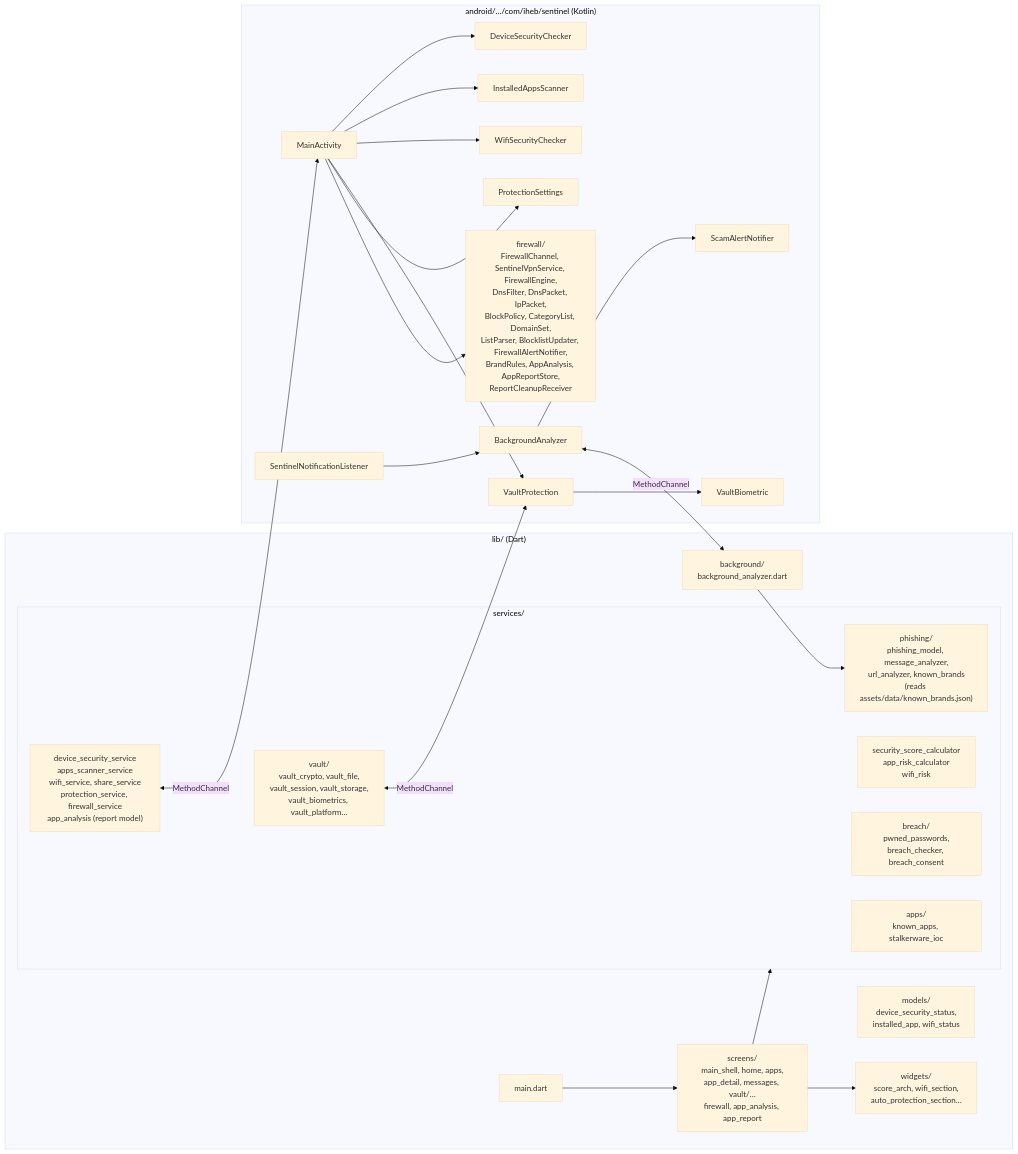
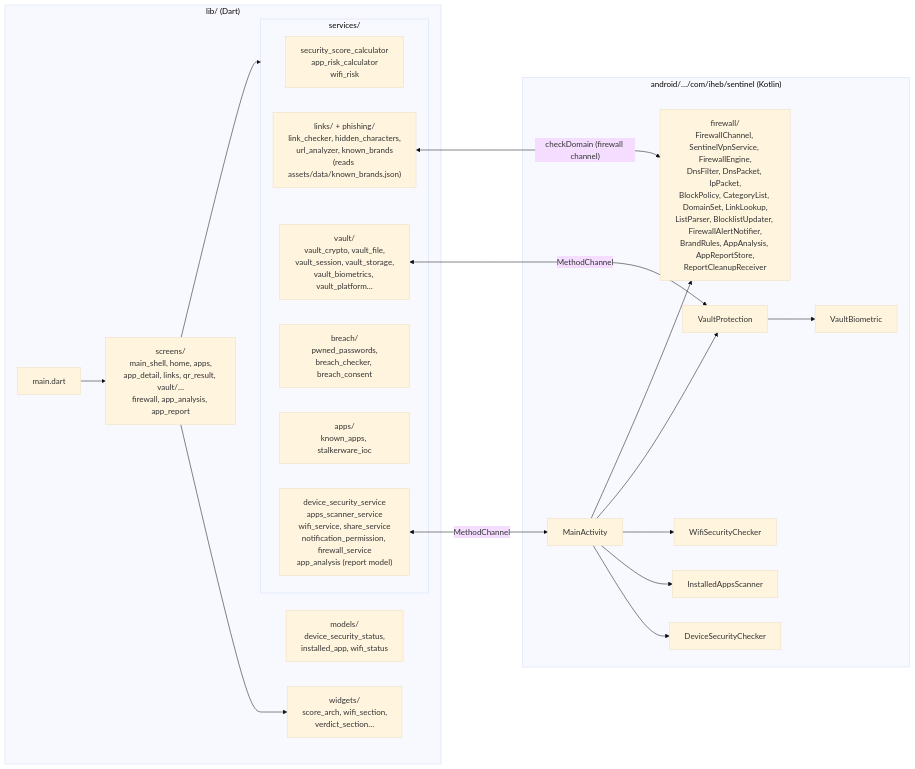
Before and after one commit to Ihebnsir/sentinel: the first of 8 diagrams in docs/ARCHITECTURE.md, drawn with Mermaid (base theme). The commit also changed other lines of this file and 102 other files, not shown here.

````diff
--- a/docs/ARCHITECTURE.md
+++ b/docs/ARCHITECTURE.md
@@ -11,42 +11,35 @@
 ```mermaid
 flowchart LR
   subgraph Dart["lib/ (Dart)"]
     main["main.dart"]
-    screens["screens/<br/>main_shell, home, apps,<br/>app_detail, messages, vault/…<br/>firewall, app_analysis, app_report"]
-    widgets["widgets/<br/>score_arch, wifi_section,<br/>auto_protection_section…"]
+    screens["screens/<br/>main_shell, home, apps,<br/>app_detail, links, qr_result, vault/…<br/>firewall, app_analysis, app_report"]
+    widgets["widgets/<br/>score_arch, wifi_section,<br/>verdict_section…"]
     models["models/<br/>device_security_status,<br/>installed_app, wifi_status"]
     subgraph services["services/"]
       calc["security_score_calculator<br/>app_risk_calculator<br/>wifi_risk"]
-      phishing["phishing/<br/>phishing_model, message_analyzer,<br/>url_analyzer, known_brands<br/>(reads assets/data/known_brands.json)"]
+      phishing["links/ + phishing/<br/>link_checker, hidden_characters,<br/>url_analyzer, known_brands<br/>(reads assets/data/known_brands.json)"]
       vault["vault/<br/>vault_crypto, vault_file,<br/>vault_session, vault_storage,<br/>vault_biometrics, vault_platform…"]
       breach["breach/<br/>pwned_passwords,<br/>breach_checker, breach_consent"]
       appsdb["apps/<br/>known_apps, stalkerware_ioc"]
-      bridges["device_security_service<br/>apps_scanner_service<br/>wifi_service, share_service<br/>protection_service, firewall_service<br/>app_analysis (report model)"]
+      bridges["device_security_service<br/>apps_scanner_service<br/>wifi_service, share_service<br/>notification_permission, firewall_service<br/>app_analysis (report model)"]
     end
-    background["background/<br/>background_analyzer.dart"]
   end
 
   subgraph Kotlin["android/…/com/iheb/sentinel (Kotlin)"]
     activity["MainActivity"]
     dev["DeviceSecurityChecker"]
     apps["InstalledAppsScanner"]
     wifi["WifiSecurityChecker"]
     vp["VaultProtection"]
     bio["VaultBiometric"]
-    listener["SentinelNotificationListener"]
-    bg["BackgroundAnalyzer"]
-    notif["ScamAlertNotifier"]
-    prefs["ProtectionSettings"]
-    fw["firewall/<br/>FirewallChannel, SentinelVpnService, FirewallEngine,<br/>DnsFilter, DnsPacket, IpPacket,<br/>BlockPolicy, CategoryList, DomainSet,<br/>ListParser, BlocklistUpdater, FirewallAlertNotifier,<br/>BrandRules, AppAnalysis, AppReportStore,<br/>ReportCleanupReceiver"]
+    fw["firewall/<br/>FirewallChannel, SentinelVpnService, FirewallEngine,<br/>DnsFilter, DnsPacket, IpPacket,<br/>BlockPolicy, CategoryList, DomainSet, LinkLookup,<br/>ListParser, BlocklistUpdater, FirewallAlertNotifier,<br/>BrandRules, AppAnalysis, AppReportStore,<br/>ReportCleanupReceiver"]
   end
 
   main --> screens --> widgets
   screens --> services
   bridges <-->|MethodChannel| activity
   vault <-->|MethodChannel| vp
-  activity --> dev & apps & wifi & vp & prefs & fw
+  activity --> dev & apps & wifi & vp & fw
   vp --> bio
-  listener --> bg --> notif
-  bg <-->|MethodChannel| background
-  background --> phishing
+  phishing <-->|"checkDomain (firewall channel)"| fw
 ```
````
